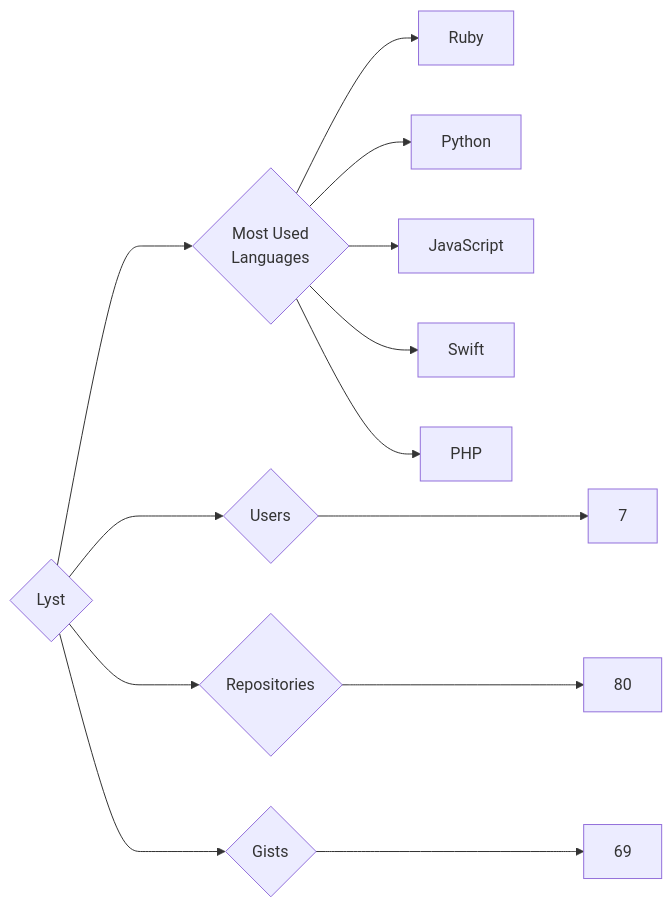
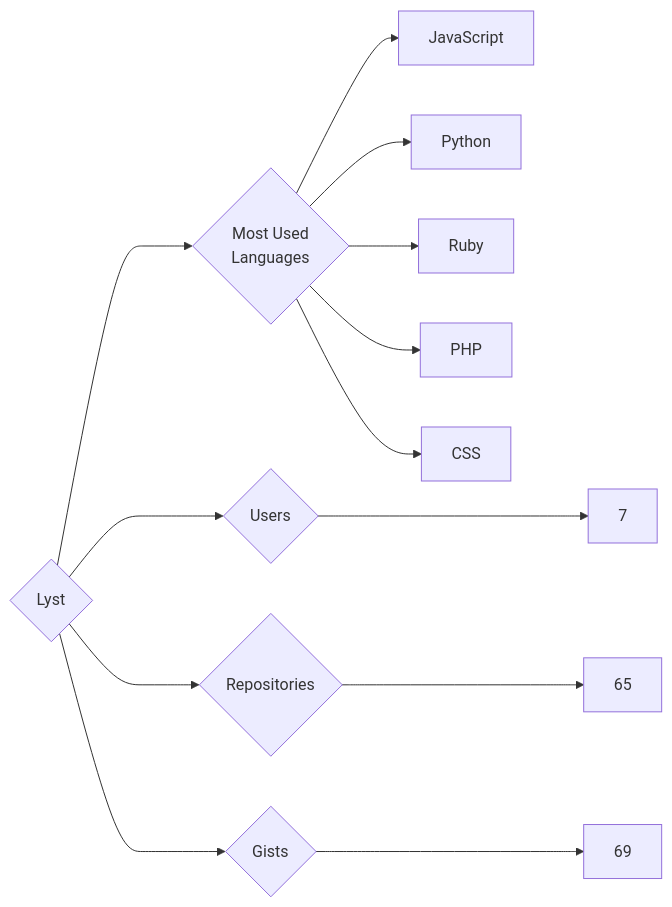
Before and after one commit to trickest/insiders: the diagram in targets/Lyst/README.md, drawn with Mermaid. The commit also changed 935 other files, not shown here.

````diff
--- a/targets/Lyst/README.md
+++ b/targets/Lyst/README.md
@@ -3,13 +3,13 @@
 ```mermaid
 graph LR
 COMPANY_NAME{Lyst}
 COMPANY_NAME ---> U{Users} ---> UN[7]
-COMPANY_NAME ---> R{Repositories} ---> RN[80]
+COMPANY_NAME ---> R{Repositories} ---> RN[65]
 COMPANY_NAME ---> G{Gists} ---> GN[69]
 COMPANY_NAME ---> ML{Most Used<br>Languages}
+ML --> JavaScript[JavaScript]
+ML --> Python[Python]
 ML --> Ruby[Ruby]
-ML --> Python[Python]
-ML --> JavaScript[JavaScript]
-ML --> Swift[Swift]
 ML --> PHP[PHP]
+ML --> CSS[CSS]
 ```
````
